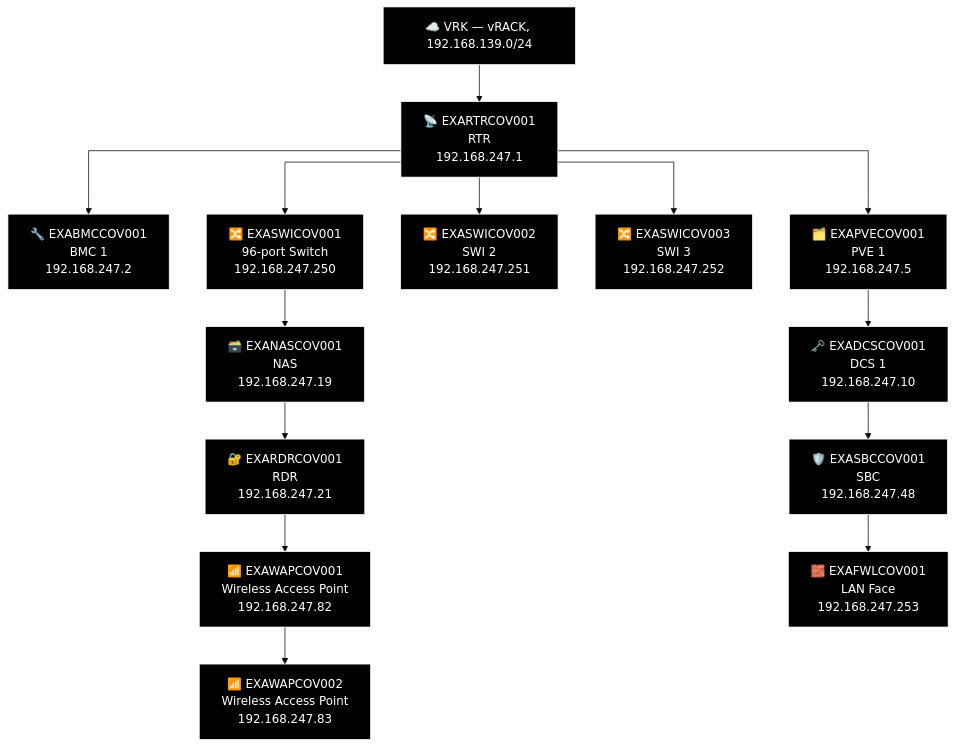
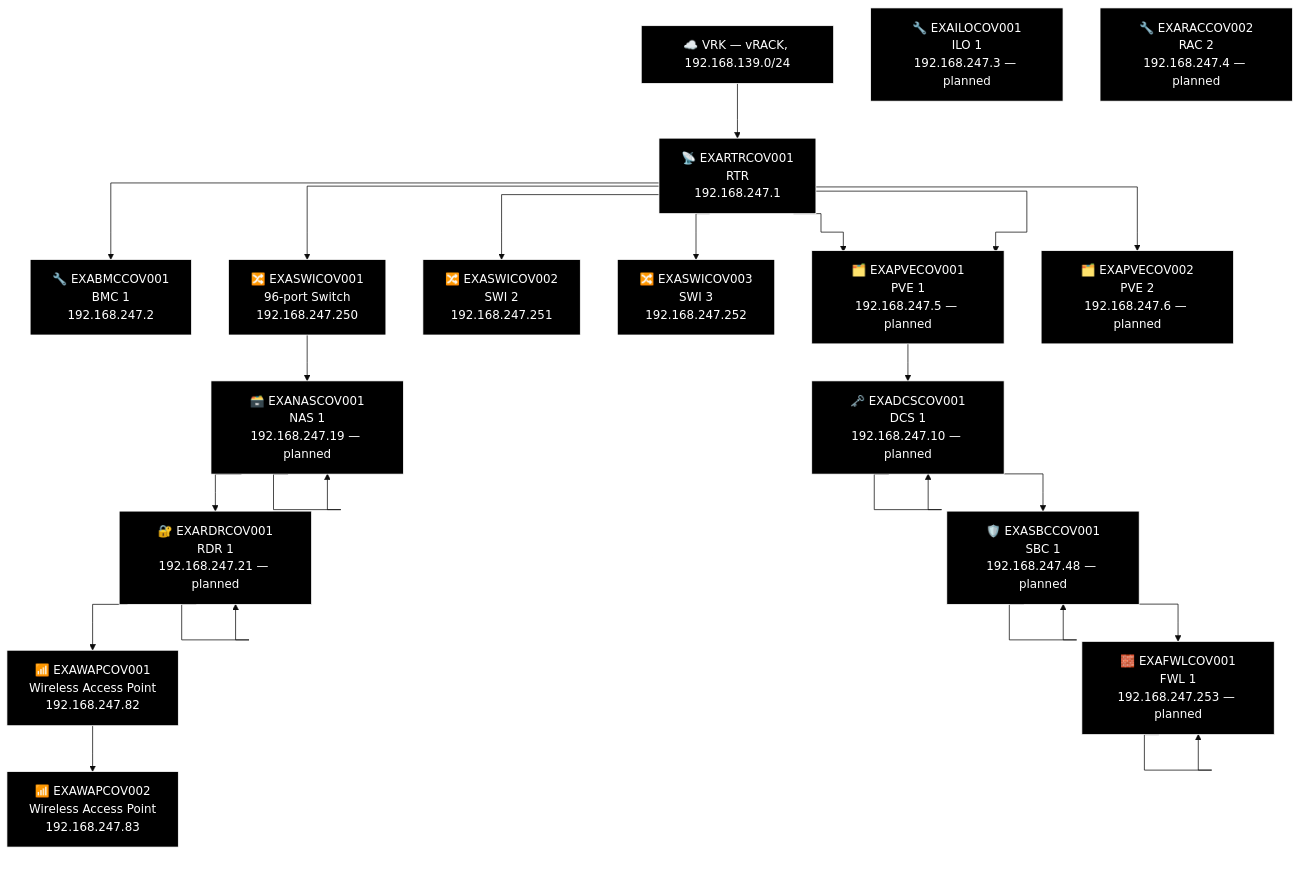
Before and after one commit to knightmare2600/example_music_infra: diagram 27 of 27 in docs/network-diagram/england.md, drawn with Mermaid (base theme). The commit also changed other lines of this file and 12 other files, not shown here.

````diff
--- a/docs/network-diagram/england.md
+++ b/docs/network-diagram/england.md
@@ -1186,42 +1326,62 @@
 ```mermaid
 %% GENERATED:TOPOLOGY:COV:START
 %%{init: {'flowchart': {'curve': 'stepAfter'}}}%%
 graph TD
     T_VRK["☁️ VRK — vRACK, 192.168.139.0/24"]
     T_RTR["📡 EXARTRCOV001<br/>RTR<br/>192.168.247.1"]
     T_VRK --> T_RTR
     T_BMC["🔧 EXABMCCOV001<br/>BMC 1<br/>192.168.247.2"]
     T_RTR --> T_BMC
     T_PVE["🗂️ EXAPVECOV001<br/>PVE 1<br/>192.168.247.5"]
     T_RTR --> T_PVE
     T_SWI["🔀 EXASWICOV002<br/>SWI 2<br/>192.168.247.251"]
     T_RTR --> T_SWI
     T_SWI2["🔀 EXASWICOV003<br/>SWI 3<br/>192.168.247.252"]
     T_RTR --> T_SWI2
     T_SWI3["🔀 EXASWICOV001<br/>96-port Switch<br/>192.168.247.250"]
     T_RTR --> T_SWI3
+    T_PVE["🗂️ EXAPVECOV001<br/>PVE 1<br/>192.168.247.5 — planned"]
+    T_RTR --> T_PVE
+    T_PVE2["🗂️ EXAPVECOV002<br/>PVE 2<br/>192.168.247.6 — planned"]
+    T_RTR --> T_PVE2
     T_NAS["🗃️ EXANASCOV001<br/>NAS<br/>192.168.247.19"]
+    T_NAS["🗃️ EXANASCOV001<br/>NAS 1<br/>192.168.247.19 — planned"]
     T_RDR["🔐 EXARDRCOV001<br/>RDR<br/>192.168.247.21"]
+    T_RDR["🔐 EXARDRCOV001<br/>RDR 1<br/>192.168.247.21 — planned"]
     T_WAP["📶 EXAWAPCOV001<br/>Wireless Access Point<br/>192.168.247.82"]
     T_WAP2["📶 EXAWAPCOV002<br/>Wireless Access Point<br/>192.168.247.83"]
-    T_SWI3 --> T_NAS --> T_RDR --> T_WAP --> T_WAP2
+    T_SWI3 --> T_NAS --> T_NAS --> T_RDR --> T_RDR --> T_WAP --> T_WAP2
     T_DCS["🗝️ EXADCSCOV001<br/>DCS 1<br/>192.168.247.10"]
+    T_DCS["🗝️ EXADCSCOV001<br/>DCS 1<br/>192.168.247.10 — planned"]
     T_SBC["🛡️ EXASBCCOV001<br/>SBC<br/>192.168.247.48"]
+    T_SBC["🛡️ EXASBCCOV001<br/>SBC 1<br/>192.168.247.48 — planned"]
     T_FWL["🧱 EXAFWLCOV001<br/>LAN Face<br/>192.168.247.253"]
-    T_PVE --> T_DCS --> T_SBC --> T_FWL
+    T_FWL["🧱 EXAFWLCOV001<br/>FWL 1<br/>192.168.247.253 — planned"]
+    T_PVE --> T_DCS --> T_DCS --> T_SBC --> T_SBC --> T_FWL --> T_FWL
+    T_ILO["🔧 EXAILOCOV001<br/>ILO 1<br/>192.168.247.3 — planned"]
+    T_RAC["🔧 EXARACCOV002<br/>RAC 2<br/>192.168.247.4 — planned"]
     style T_VRK fill:#000000,stroke:#FFFFFF,color:#FFFFFF
     style T_RTR fill:#000000,stroke:#FFFFFF,color:#FFFFFF
     style T_BMC fill:#000000,stroke:#FFFFFF,color:#FFFFFF
     style T_PVE fill:#000000,stroke:#FFFFFF,color:#FFFFFF
     style T_SWI fill:#000000,stroke:#FFFFFF,color:#FFFFFF
     style T_SWI2 fill:#000000,stroke:#FFFFFF,color:#FFFFFF
     style T_SWI3 fill:#000000,stroke:#FFFFFF,color:#FFFFFF
+    style T_PVE fill:#000000,stroke:#FFFFFF,color:#FFFFFF
+    style T_PVE2 fill:#000000,stroke:#FFFFFF,color:#FFFFFF
     style T_NAS fill:#000000,stroke:#FFFFFF,color:#FFFFFF
+    style T_NAS fill:#000000,stroke:#FFFFFF,color:#FFFFFF
+    style T_RDR fill:#000000,stroke:#FFFFFF,color:#FFFFFF
     style T_RDR fill:#000000,stroke:#FFFFFF,color:#FFFFFF
     style T_WAP fill:#000000,stroke:#FFFFFF,color:#FFFFFF
     style T_WAP2 fill:#000000,stroke:#FFFFFF,color:#FFFFFF
     style T_DCS fill:#000000,stroke:#FFFFFF,color:#FFFFFF
+    style T_DCS fill:#000000,stroke:#FFFFFF,color:#FFFFFF
+    style T_SBC fill:#000000,stroke:#FFFFFF,color:#FFFFFF
     style T_SBC fill:#000000,stroke:#FFFFFF,color:#FFFFFF
     style T_FWL fill:#000000,stroke:#FFFFFF,color:#FFFFFF
+    style T_FWL fill:#000000,stroke:#FFFFFF,color:#FFFFFF
+    style T_ILO fill:#000000,stroke:#FFFFFF,color:#FFFFFF
+    style T_RAC fill:#000000,stroke:#FFFFFF,color:#FFFFFF
 %% GENERATED:TOPOLOGY:COV:END
 ```
````
